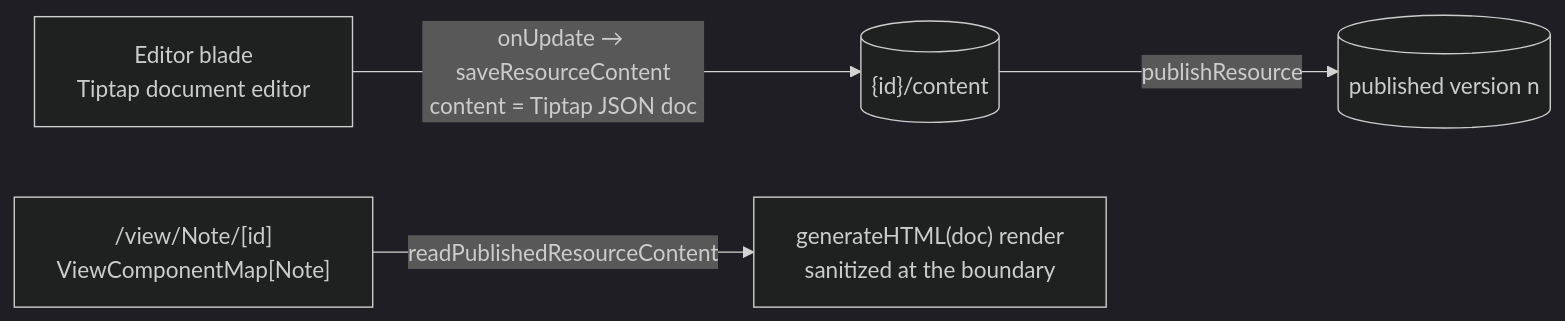
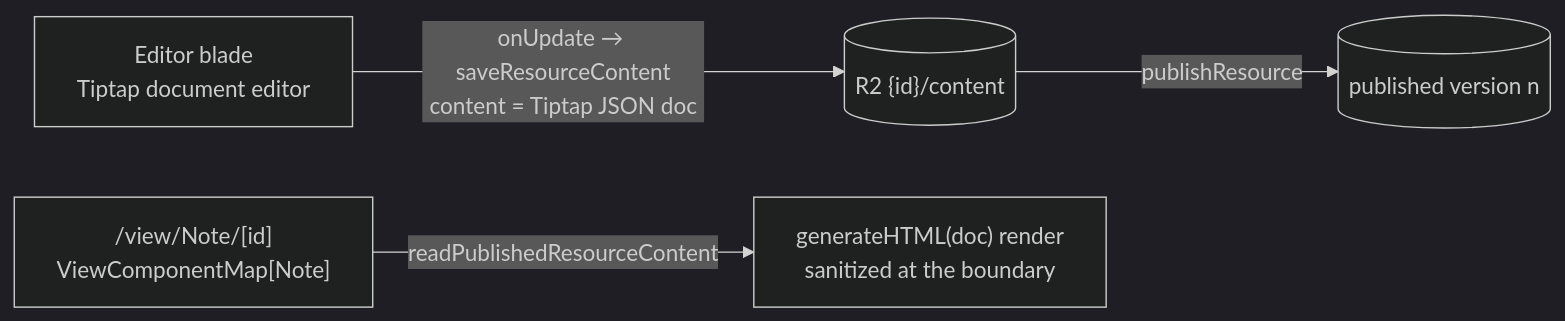
One commit to Esposter/Esposter changed the diagram in openspec/specs/resource/note-resource/design.md. Above: the diagram before and after it, drawn with Mermaid (dark theme). The commit also changed other lines of this file and 7 other files, not shown here.

First line of the commit message:
docs(openspec): version store, snapshots and the resource pages name R2 objects and D1 counters

````diff
--- a/openspec/specs/resource/note-resource/design.md
+++ b/openspec/specs/resource/note-resource/design.md
@@ -7,6 +7,6 @@
 ```mermaid
 flowchart LR
-  ED["Editor blade<br/>Tiptap document editor"] -->|"onUpdate → saveResourceContent<br/>content = Tiptap JSON doc"| BLOB[("{id}/content")]
-  BLOB -->|publishResource| SNAP[("published version n")]
+  ED["Editor blade<br/>Tiptap document editor"] -->|"onUpdate → saveResourceContent<br/>content = Tiptap JSON doc"| OBJ[("R2 {id}/content")]
+  OBJ -->|publishResource| SNAP[("published version n")]
   VIEW["/view/Note/[id]<br/>ViewComponentMap[Note]"] -->|readPublishedResourceContent| HTML["generateHTML(doc) render<br/>sanitized at the boundary"]
 ```
````
